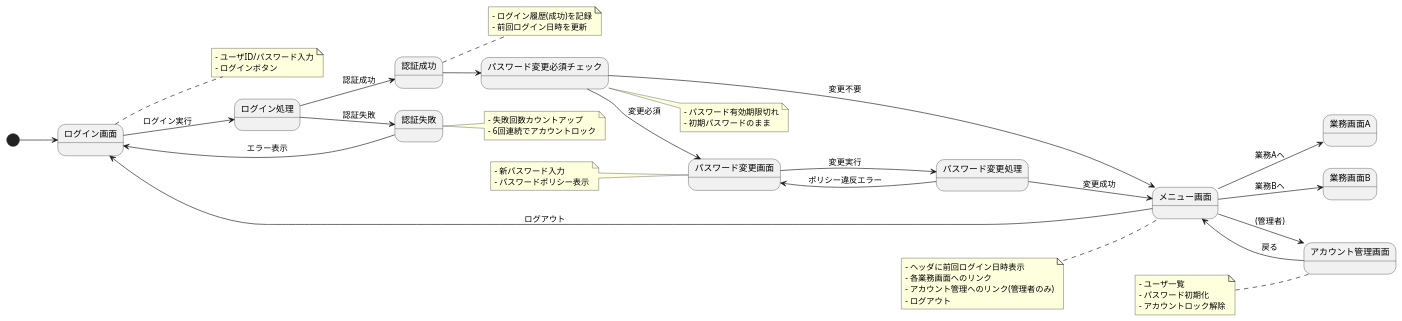
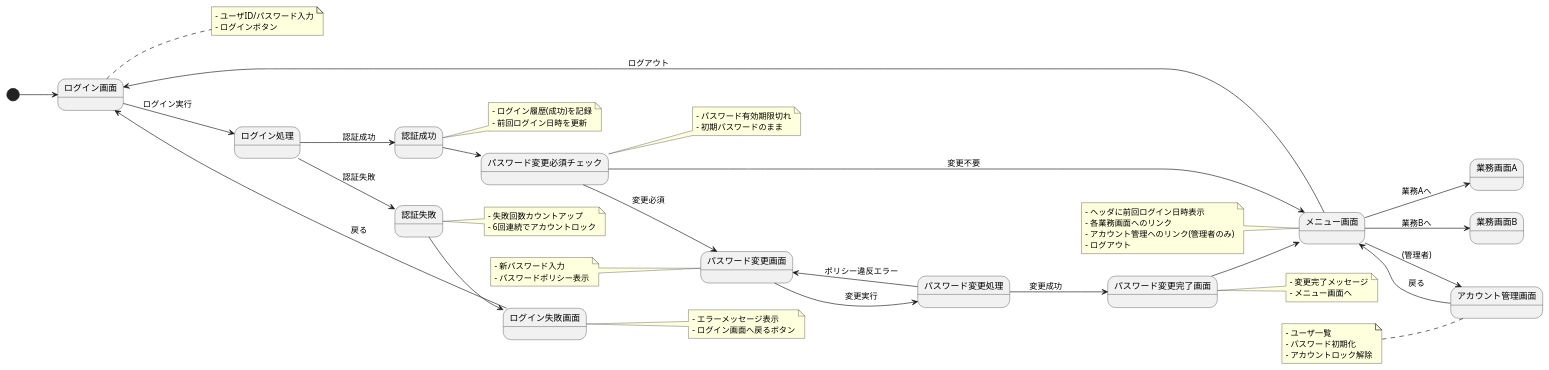
Before and after one commit to myou0801/web-site-architecture: the diagram in sample-ec-site/ec-site/doc/業務ドメイン/screen-flow.puml, drawn with PlantUML. The commit also changed 41 other files, not shown here.

```diff
--- a/sample-ec-site/ec-site/doc/業務ドメイン/screen-flow.puml
+++ b/sample-ec-site/ec-site/doc/業務ドメイン/screen-flow.puml
@@ -1,72 +1,86 @@
 @startuml
 left to right direction
 
 [*] --> Login
 
 state Login as "ログイン画面"
 note right of Login
     - ユーザID/パスワード入力
     - ログインボタン
 end note
 
 Login --> AuthProcess : ログイン実行
 state AuthProcess as "ログイン処理"
 AuthProcess --> AuthSuccess : 認証成功
 AuthProcess --> AuthFailure : 認証失敗
 
 state AuthFailure as "認証失敗"
 note right of AuthFailure
     - 失敗回数カウントアップ
     - 6回連続でアカウントロック
 end note
-AuthFailure --> Login : エラー表示
+AuthFailure --> LoginFailure
+
+state LoginFailure as "ログイン失敗画面"
+note right of LoginFailure
+  - エラーメッセージ表示
+  - ログイン画面へ戻るボタン
+end note
+LoginFailure --> Login : 戻る
 
 state AuthSuccess as "認証成功"
 note right of AuthSuccess
     - ログイン履歴(成功)を記録
     - 前回ログイン日時を更新
 end note
 AuthSuccess --> PwdChangeCheck
 
 state PwdChangeCheck as "パスワード変更必須チェック"
 note right of PwdChangeCheck
     - パスワード有効期限切れ
     - 初期パスワードのまま
 end note
 PwdChangeCheck --> Menu : 変更不要
 PwdChangeCheck --> PwdChange : 変更必須
 
 state PwdChange as "パスワード変更画面"
 note left of PwdChange
     - 新パスワード入力
     - パスワードポリシー表示
 end note
 PwdChange --> PwdChangeProcess : 変更実行
 state PwdChangeProcess as "パスワード変更処理"
 PwdChangeProcess --> PwdChange : ポリシー違反エラー
-PwdChangeProcess --> Menu : 変更成功
+PwdChangeProcess --> PwdChangeSuccess : 変更成功
+
+state PwdChangeSuccess as "パスワード変更完了画面"
+note right of PwdChangeSuccess
+  - 変更完了メッセージ
+  - メニュー画面へ
+end note
+PwdChangeSuccess --> Menu
 
 state Menu as "メニュー画面"
 note left of Menu
     - ヘッダに前回ログイン日時表示
     - 各業務画面へのリンク
     - アカウント管理へのリンク(管理者のみ)
     - ログアウト
 end note
 Menu --> BizScreenA : 業務Aへ
 Menu --> BizScreenB : 業務Bへ
 Menu --> AccountMgmt : (管理者)
 Menu --> Login : ログアウト
 
 state AccountMgmt as "アカウント管理画面"
 note left of AccountMgmt
     - ユーザ一覧
     - パスワード初期化
     - アカウントロック解除
 end note
 AccountMgmt --> Menu : 戻る
 
 state BizScreenA as "業務画面A"
 state BizScreenB as "業務画面B"
 
 @enduml
```
